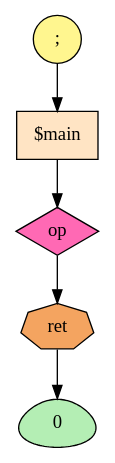
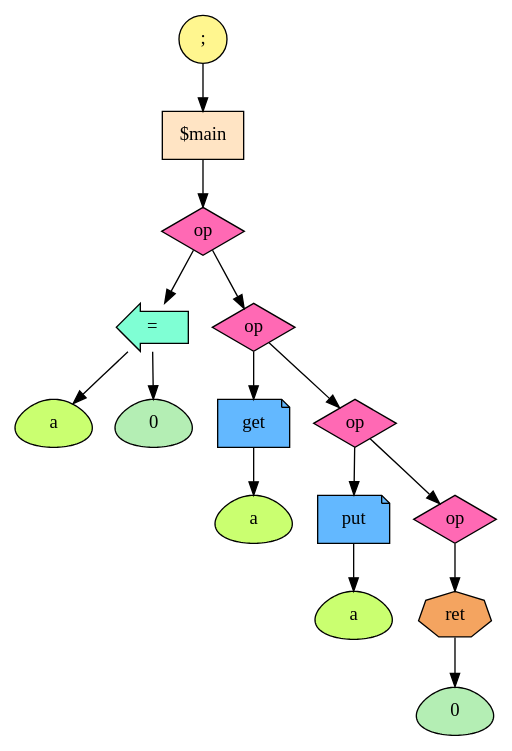
One commit to BiscuitsLayer/9_MyLanguage changed the diagram in my_dot/temp.dot. Above: the diagram before and after it, drawn with Graphviz. The commit also changed 7 other files, not shown here.

```diff
--- a/my_dot/temp.dot
+++ b/my_dot/temp.dot
@@ -1,16 +1,50 @@
 digraph G {
 fontsize = 50
-94557957851888[label = ";", style = "filled", fillcolor = "khaki1", shape = "circle"]
-94557957852016[label = "$main", style = "filled", fillcolor = "bisque", shape = "box"]
-94557957851888 -> 94557957852016
-94557957852016[label = "$main", style = "filled", fillcolor = "bisque", shape = "box"]
-94557957852272[label = "op", style = "filled", fillcolor = "hotpink", shape = "diamond"]
-94557957852016 -> 94557957852272
-94557957852272[label = "op", style = "filled", fillcolor = "hotpink", shape = "diamond"]
-94557957852400[label = "ret", style = "filled", fillcolor = "sandybrown", shape = "septagon"]
-94557957852272 -> 94557957852400
-94557957852400[label = "ret", style = "filled", fillcolor = "sandybrown", shape = "septagon"]
-94557957852656[label = "0", style = "filled", fillcolor = "darkseagreen2", shape = "egg"]
-94557957852400 -> 94557957852656
-94557957852656[label = "0", style = "filled", fillcolor = "darkseagreen2", shape = "egg"]
+94609332742928[label = ";", style = "filled", fillcolor = "khaki1", shape = "circle"]
+94609332743056[label = "$main", style = "filled", fillcolor = "bisque", shape = "box"]
+94609332742928 -> 94609332743056
+94609332743056[label = "$main", style = "filled", fillcolor = "bisque", shape = "box"]
+94609332743312[label = "op", style = "filled", fillcolor = "hotpink", shape = "diamond"]
+94609332743056 -> 94609332743312
+94609332743312[label = "op", style = "filled", fillcolor = "hotpink", shape = "diamond"]
+94609332743440[label = "=", style = "filled", fillcolor = "aquamarine", shape = "larrow"]
+94609332743312 -> 94609332743440
+94609332743440[label = "=", style = "filled", fillcolor = "aquamarine", shape = "larrow"]
+94609332743504[label = "a", style = "filled", fillcolor = "darkolivegreen1", shape = "egg"]
+94609332743440 -> 94609332743504
+94609332743504[label = "a", style = "filled", fillcolor = "darkolivegreen1", shape = "egg"]
+94609332743440[label = "=", style = "filled", fillcolor = "aquamarine", shape = "larrow"]
+94609332743760[label = "0", style = "filled", fillcolor = "darkseagreen2", shape = "egg"]
+94609332743440 -> 94609332743760
+94609332743760[label = "0", style = "filled", fillcolor = "darkseagreen2", shape = "egg"]
+94609332743312[label = "op", style = "filled", fillcolor = "hotpink", shape = "diamond"]
+94609332743888[label = "op", style = "filled", fillcolor = "hotpink", shape = "diamond"]
+94609332743312 -> 94609332743888
+94609332743888[label = "op", style = "filled", fillcolor = "hotpink", shape = "diamond"]
+94609332744016[label = "get", style = "filled", fillcolor = "steelblue1", shape = "note"]
+94609332743888 -> 94609332744016
+94609332744016[label = "get", style = "filled", fillcolor = "steelblue1", shape = "note"]
+94609332744144[label = "a", style = "filled", fillcolor = "darkolivegreen1", shape = "egg"]
+94609332744016 -> 94609332744144
+94609332744144[label = "a", style = "filled", fillcolor = "darkolivegreen1", shape = "egg"]
+94609332743888[label = "op", style = "filled", fillcolor = "hotpink", shape = "diamond"]
+94609332744272[label = "op", style = "filled", fillcolor = "hotpink", shape = "diamond"]
+94609332743888 -> 94609332744272
+94609332744272[label = "op", style = "filled", fillcolor = "hotpink", shape = "diamond"]
+94609332744400[label = "put", style = "filled", fillcolor = "steelblue1", shape = "note"]
+94609332744272 -> 94609332744400
+94609332744400[label = "put", style = "filled", fillcolor = "steelblue1", shape = "note"]
+94609332744720[label = "a", style = "filled", fillcolor = "darkolivegreen1", shape = "egg"]
+94609332744400 -> 94609332744720
+94609332744720[label = "a", style = "filled", fillcolor = "darkolivegreen1", shape = "egg"]
+94609332744272[label = "op", style = "filled", fillcolor = "hotpink", shape = "diamond"]
+94609332744848[label = "op", style = "filled", fillcolor = "hotpink", shape = "diamond"]
+94609332744272 -> 94609332744848
+94609332744848[label = "op", style = "filled", fillcolor = "hotpink", shape = "diamond"]
+94609332744976[label = "ret", style = "filled", fillcolor = "sandybrown", shape = "septagon"]
+94609332744848 -> 94609332744976
+94609332744976[label = "ret", style = "filled", fillcolor = "sandybrown", shape = "septagon"]
+94609332745232[label = "0", style = "filled", fillcolor = "darkseagreen2", shape = "egg"]
+94609332744976 -> 94609332745232
+94609332745232[label = "0", style = "filled", fillcolor = "darkseagreen2", shape = "egg"]
 }
```
